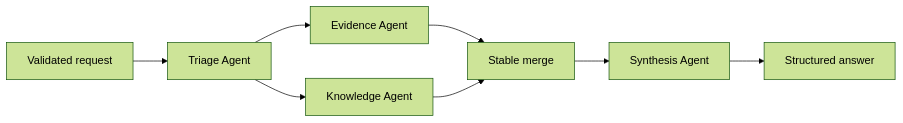
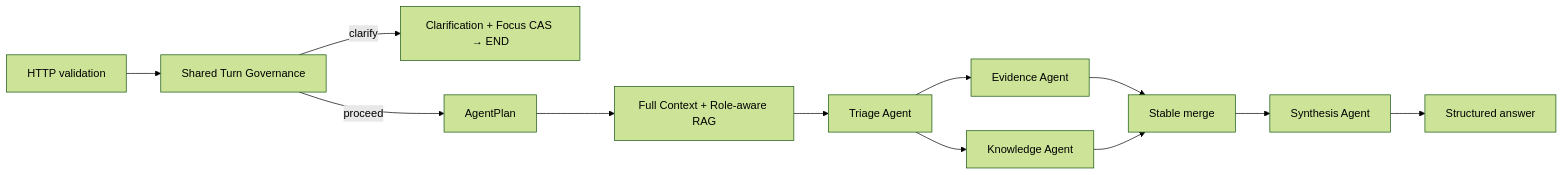
One commit to jiawei-wang-dev/WatchOps-Lite changed the third of 4 diagrams in docs/ARCHITECTURE.md. Above: the diagram before and after it, drawn with Mermaid (forest theme). The commit also changed other lines of this file and 16 other files, not shown here.

Commit message:
feat: add turn governance to multi-agent

````diff
--- a/docs/ARCHITECTURE.md
+++ b/docs/ARCHITECTURE.md
@@ -155,10 +155,14 @@
 ```mermaid
 flowchart LR
-    I["Validated request"] --> T["Triage Agent"]
+    H["HTTP validation"] --> G["Shared Turn Governance"]
+    G -->|"clarify"| C["Clarification + Focus CAS → END"]
+    G -->|"proceed"| A["AgentPlan"]
+    A --> R["Full Context + Role-aware RAG"]
+    R --> T["Triage Agent"]
     T --> E["Evidence Agent"]
     T --> K["Knowledge Agent"]
     E --> M["Stable merge"]
     K --> M
     M --> S["Synthesis Agent"]
     S --> O["Structured answer"]
 ```
````
